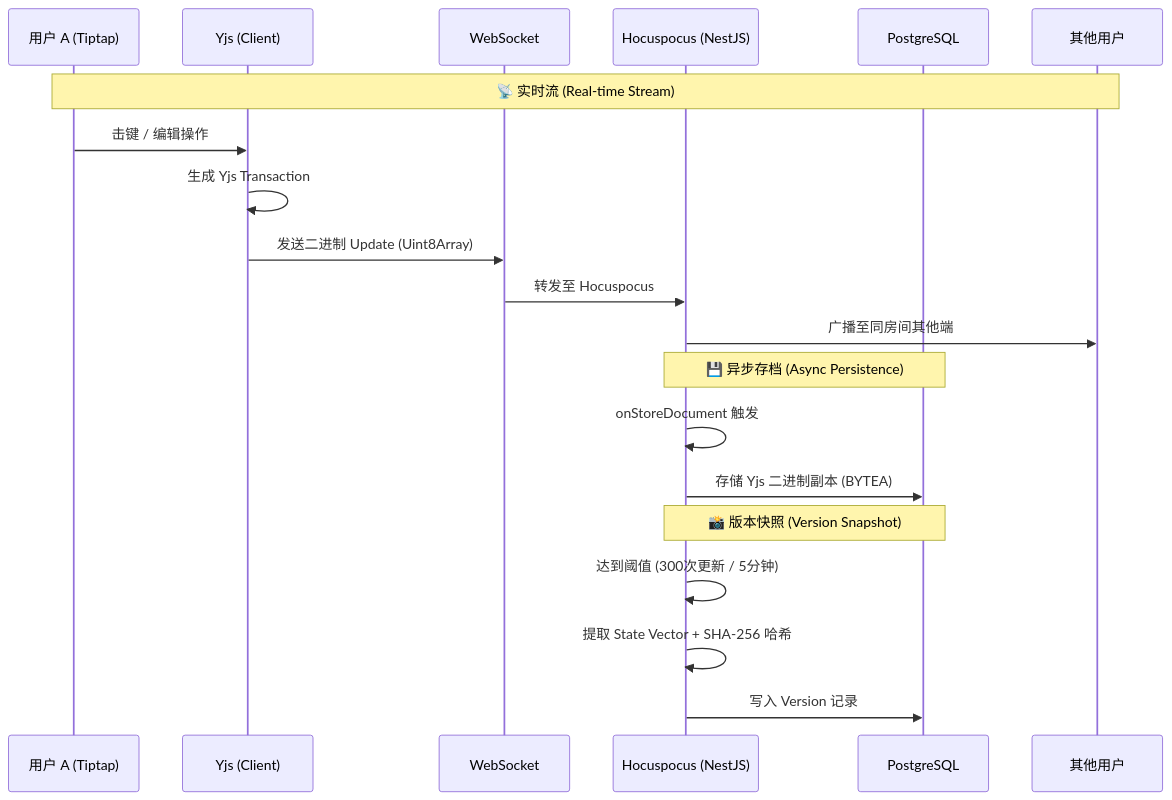
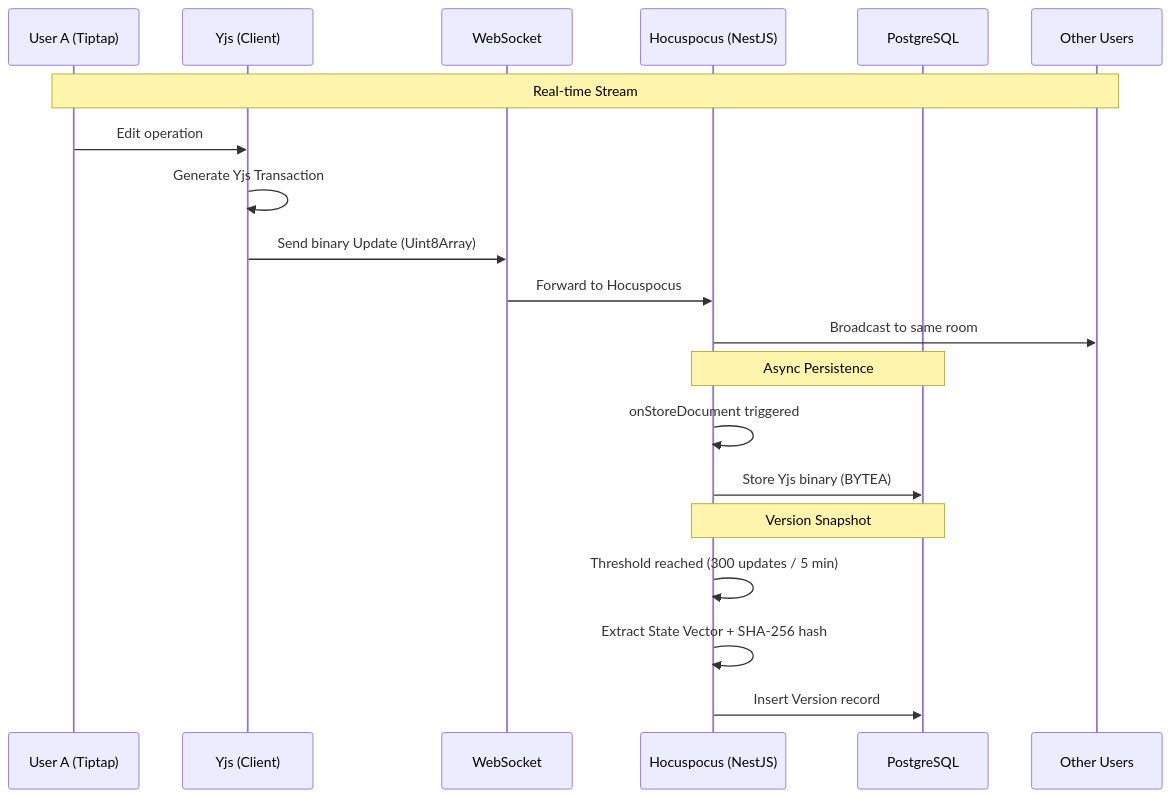
The third of 12 diagrams in README.md (monazite1s/SyncDoc), drawn with Mermaid before and after one commit. The commit also changed other lines of this file and 112 other files, not shown here.

````diff
--- a/README.md
+++ b/README.md
@@ -160,25 +355,25 @@
 ```mermaid
 sequenceDiagram
-    participant U as 用户 A (Tiptap)
+    participant U as User A (Tiptap)
     participant Y as Yjs (Client)
     participant WS as WebSocket
     participant HP as Hocuspocus (NestJS)
     participant DB as PostgreSQL
-    participant O as 其他用户
+    participant O as Other Users
 
-    Note over U,O: 📡 实时流 (Real-time Stream)
-    U->>Y: 击键 / 编辑操作
-    Y->>Y: 生成 Yjs Transaction
-    Y->>WS: 发送二进制 Update (Uint8Array)
-    WS->>HP: 转发至 Hocuspocus
-    HP->>O: 广播至同房间其他端
+    Note over U,O: Real-time Stream
+    U->>Y: Edit operation
+    Y->>Y: Generate Yjs Transaction
+    Y->>WS: Send binary Update (Uint8Array)
+    WS->>HP: Forward to Hocuspocus
+    HP->>O: Broadcast to same room
 
-    Note over HP,DB: 💾 异步存档 (Async Persistence)
-    HP->>HP: onStoreDocument 触发
-    HP->>DB: 存储 Yjs 二进制副本 (BYTEA)
+    Note over HP,DB: Async Persistence
+    HP->>HP: onStoreDocument triggered
+    HP->>DB: Store Yjs binary (BYTEA)
 
-    Note over HP,DB: 📸 版本快照 (Version Snapshot)
-    HP->>HP: 达到阈值 (300次更新 / 5分钟)
-    HP->>HP: 提取 State Vector + SHA-256 哈希
-    HP->>DB: 写入 Version 记录
+    Note over HP,DB: Version Snapshot
+    HP->>HP: Threshold reached (300 updates / 5 min)
+    HP->>HP: Extract State Vector + SHA-256 hash
+    HP->>DB: Insert Version record
 ```
````
